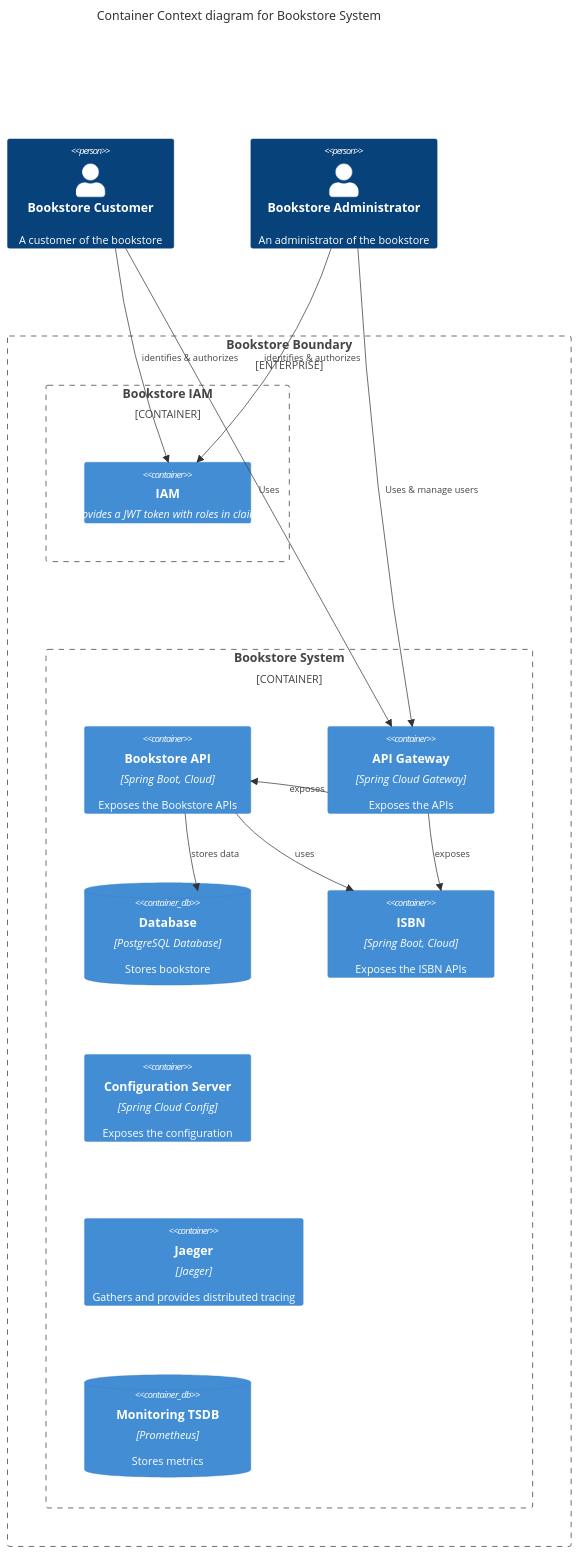
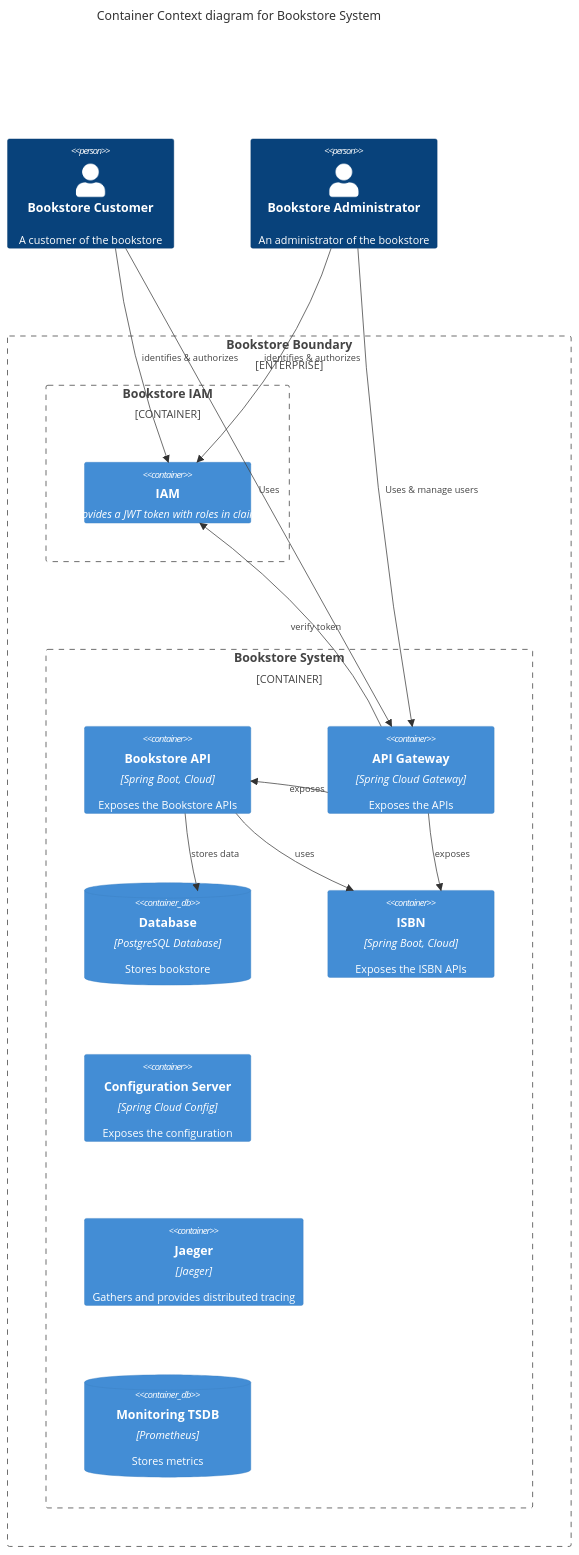
The second of 3 diagrams in README.md (alexandre-touret/rest-apis-versioning-workshop), drawn with Mermaid before and after one commit.

````diff
--- a/README.md
+++ b/README.md
@@ -41,35 +42,35 @@
 ```mermaid
 C4Container
       title Container Context diagram for Bookstore System
 
 
       Person(customerA, "Bookstore Customer", "A customer of the bookstore") 
       Person(adminA, "Bookstore Administrator", "An administrator of the bookstore") 
 
       Enterprise_Boundary(b0, "Bookstore Boundary") {
         Container_Boundary(b2,"Bookstore IAM"){
           Container(iam,"IAM","Provides a JWT token with roles in claims")
 
                }
         Container_Boundary(b1,"Bookstore System"){
             Container(bookstoreApi,"Bookstore API","Spring Boot, Cloud","Exposes the Bookstore APIs")
             Container(gateway,"API Gateway","Spring Cloud Gateway","Exposes the APIs")
             ContainerDb(database, "Database", "PostgreSQL Database", "Stores bookstore")
             Container(isbnApi,"ISBN","Spring Boot, Cloud","Exposes the ISBN APIs")
             Container(configuration,"Configuration Server","Spring Cloud Config","Exposes the configuration")
             Container(jaeger,"Jaeger","Jaeger","Gathers and provides distributed tracing")
             ContainerDb(monitoring, "Monitoring TSDB", "Prometheus", "Stores metrics")
         }
       }
 
       Rel(customerA,gateway, "Uses")
       Rel(adminA, gateway, "Uses & manage users")
       Rel(customerA, iam, "identifies & authorizes")
       Rel(adminA, iam, "identifies & authorizes")
-
+      Rel(gateway, iam, "verify token")
       Rel(gateway, bookstoreApi, "exposes")
       Rel(gateway, isbnApi, "exposes")
       Rel(bookstoreApi, isbnApi, "uses")
       Rel(bookstoreApi, database, "stores data")
       UpdateLayoutConfig($c4ShapeInRow="3", $c4BoundaryInRow="1")
 ```
````
